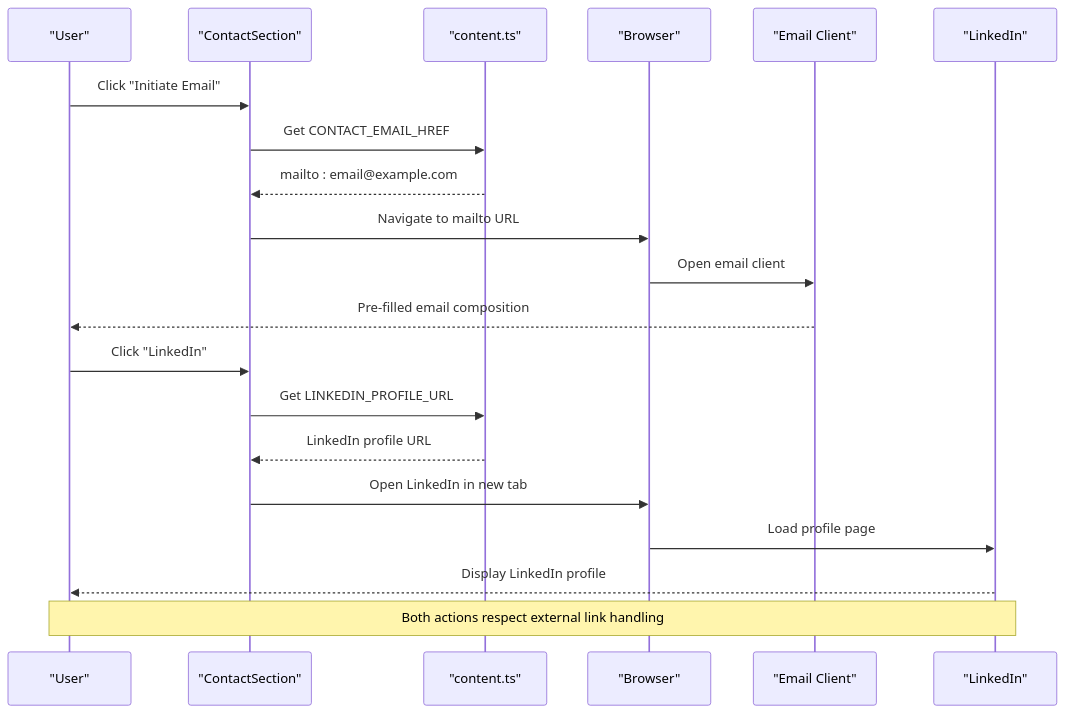
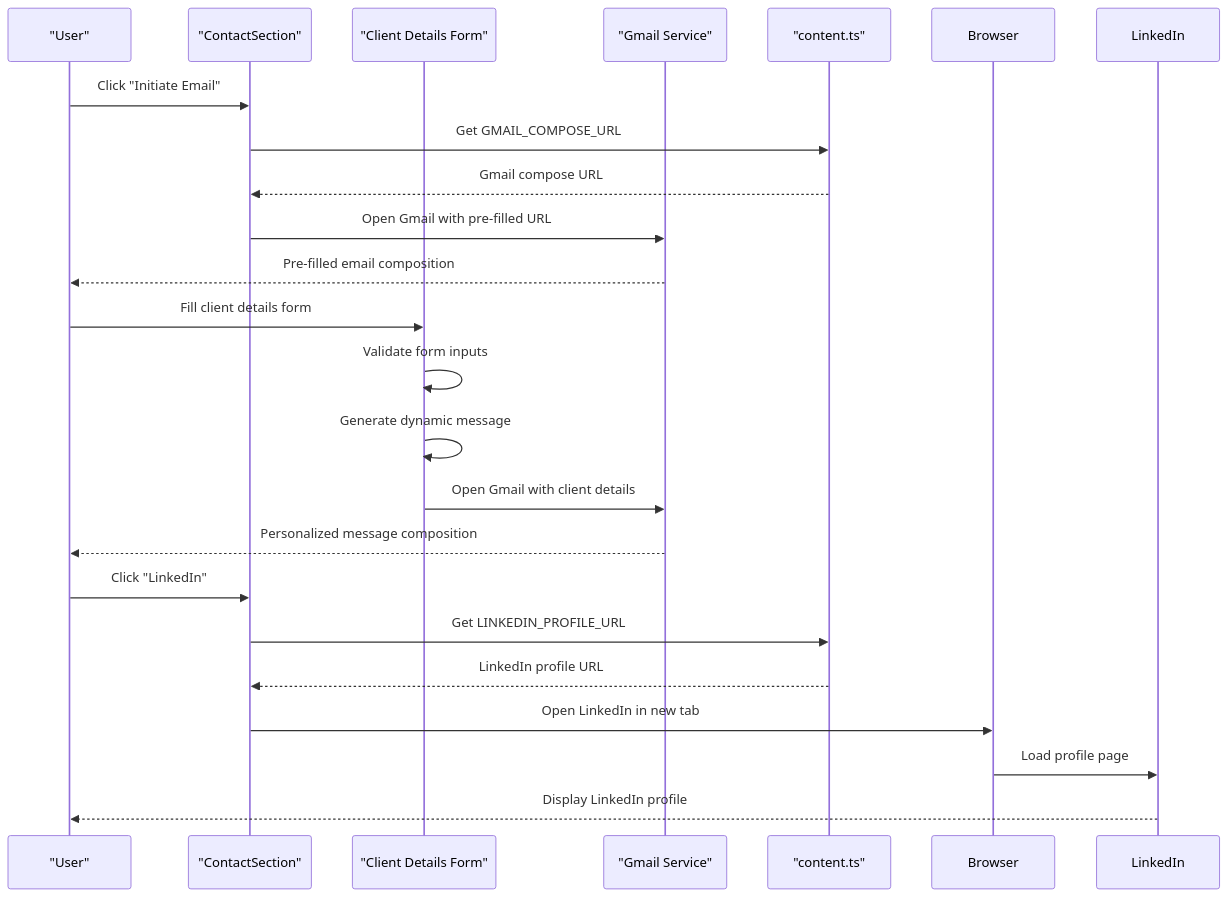
One commit to subash7781/Portfolio changed the second of 5 diagrams in .qoder/repowiki/en/content/Component Library & UI Elements/ContactSection Component.md. Above: the diagram before and after it, drawn with Mermaid. The commit also changed other lines of this file and 5 other files, not shown here.

````diff
--- a/.qoder/repowiki/en/content/Component Library & UI Elements/ContactSection Component.md
+++ b/.qoder/repowiki/en/content/Component Library & UI Elements/ContactSection Component.md
@@ -113,22 +123,24 @@
 ```mermaid
 sequenceDiagram
 participant User as "User"
 participant Contact as "ContactSection"
+participant Form as "Client Details Form"
+participant Gmail as "Gmail Service"
 participant Content as "content.ts"
-participant Browser as "Browser"
-participant Email as "Email Client"
-participant LinkedIn as "LinkedIn"
 User->>Contact : Click "Initiate Email"
-Contact->>Content : Get CONTACT_EMAIL_HREF
-Content-->>Contact : mailto : email@example.com
-Contact->>Browser : Navigate to mailto URL
-Browser->>Email : Open email client
-Email-->>User : Pre-filled email composition
+Contact->>Content : Get GMAIL_COMPOSE_URL
+Content-->>Contact : Gmail compose URL
+Contact->>Gmail : Open Gmail with pre-filled URL
+Gmail-->>User : Pre-filled email composition
+User->>Form : Fill client details form
+Form->>Form : Validate form inputs
+Form->>Form : Generate dynamic message
+Form->>Gmail : Open Gmail with client details
+Gmail-->>User : Personalized message composition
 User->>Contact : Click "LinkedIn"
 Contact->>Content : Get LINKEDIN_PROFILE_URL
 Content-->>Contact : LinkedIn profile URL
 Contact->>Browser : Open LinkedIn in new tab
 Browser->>LinkedIn : Load profile page
 LinkedIn-->>User : Display LinkedIn profile
-Note over User,LinkedIn : Both actions respect external link handling
 ```
````
